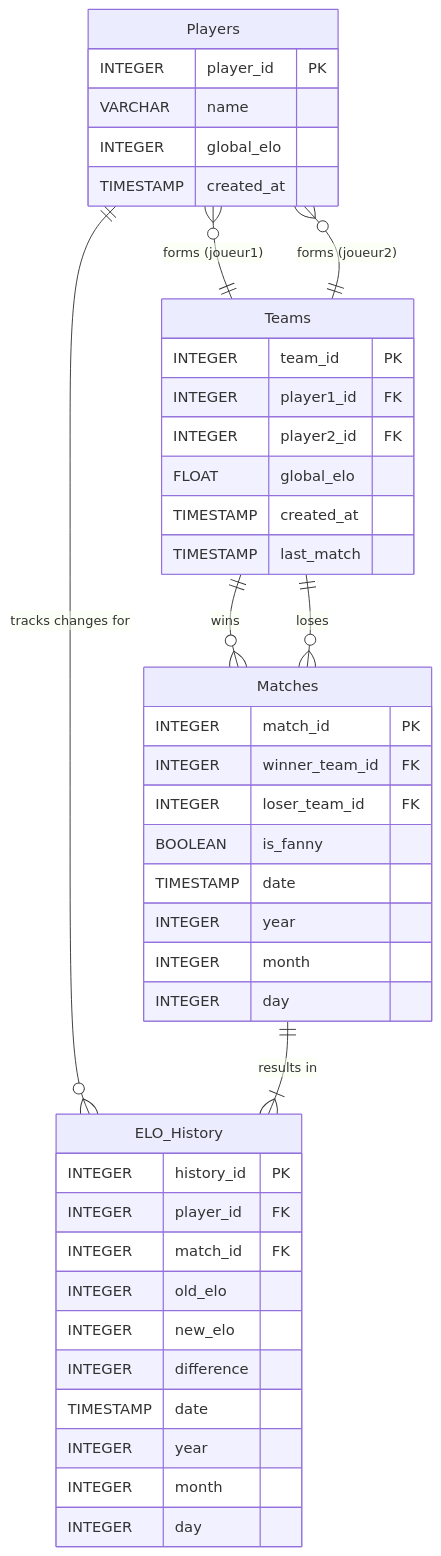
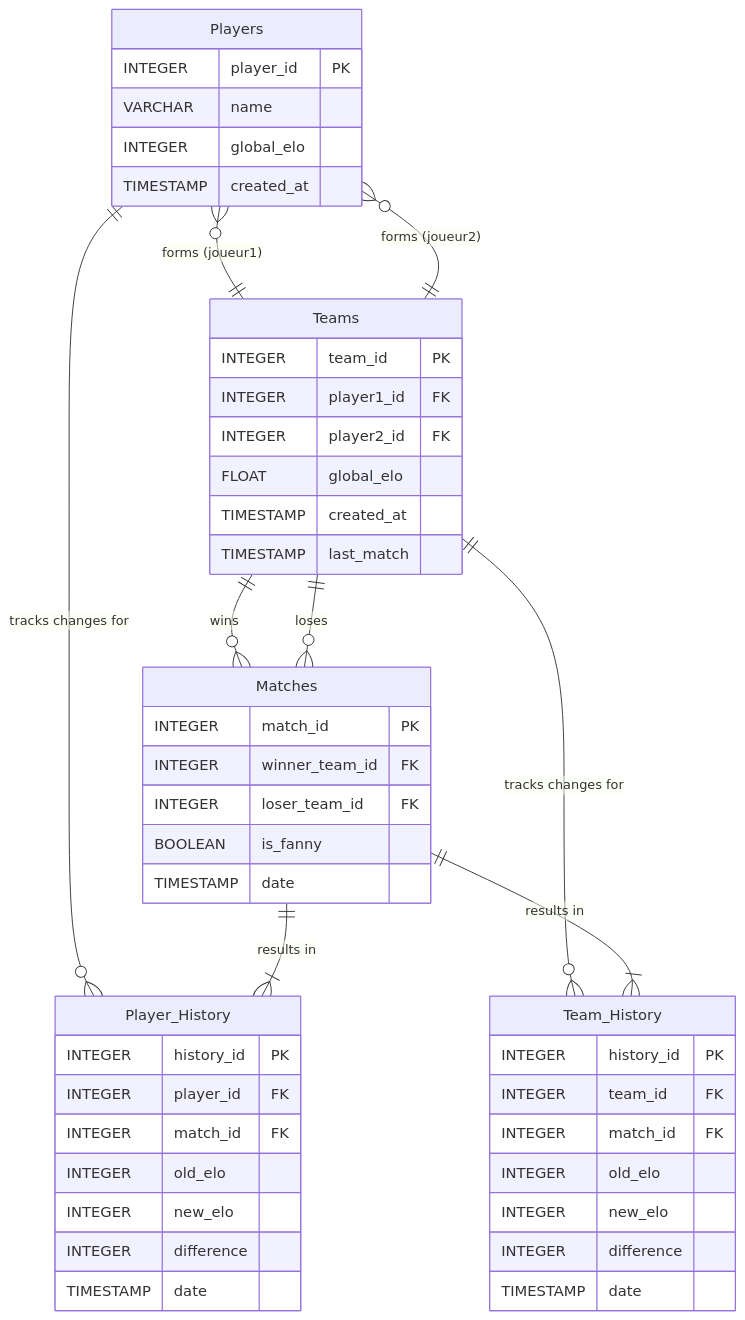
One commit to schalappe/baby_foot_elo changed the diagram in docs/project.md. Above: the diagram before and after it, drawn with Mermaid. The commit also changed other lines of this file, not shown here.

Commit message:
refactor: simplify database schema and add team history tracking

````diff
--- a/docs/project.md
+++ b/docs/project.md
@@ -112,51 +115,57 @@
 ```mermaid
 erDiagram
-    Players ||--o{ ELO_History : "tracks changes for"
+    Players ||--o{ Player_History : "tracks changes for"
     Players }o--|| Teams : "forms (joueur1)"
     Players }o--|| Teams : "forms (joueur2)"
 
+    Teams ||--o{ Team_History : "tracks changes for"
     Teams ||--o{ Matches : "wins"
     Teams ||--o{ Matches : "loses"
 
-    Matches ||--|{ ELO_History : "results in"
+    Matches ||--|{ Player_History : "results in"
+    Matches ||--|{ Team_History : "results in"
 
     Players {
         INTEGER player_id PK
         VARCHAR name
         INTEGER global_elo
         TIMESTAMP created_at
     }
 
     Teams {
         INTEGER team_id PK
         INTEGER player1_id FK
         INTEGER player2_id FK
         FLOAT global_elo
         TIMESTAMP created_at
         TIMESTAMP last_match
     }
 
     Matches {
         INTEGER match_id PK
         INTEGER winner_team_id FK
         INTEGER loser_team_id FK
         BOOLEAN is_fanny
         TIMESTAMP date
-        INTEGER year
-        INTEGER month
-        INTEGER day
     }
 
-    ELO_History {
+    Player_History {
         INTEGER history_id PK
         INTEGER player_id FK
         INTEGER match_id FK
         INTEGER old_elo
         INTEGER new_elo
         INTEGER difference
         TIMESTAMP date
-        INTEGER year
-        INTEGER month
-        INTEGER day
+    }
+
+    Team_History {
+        INTEGER history_id PK
+        INTEGER team_id FK
+        INTEGER match_id FK
+        INTEGER old_elo
+        INTEGER new_elo
+        INTEGER difference
+        TIMESTAMP date
     }
 ```
````
